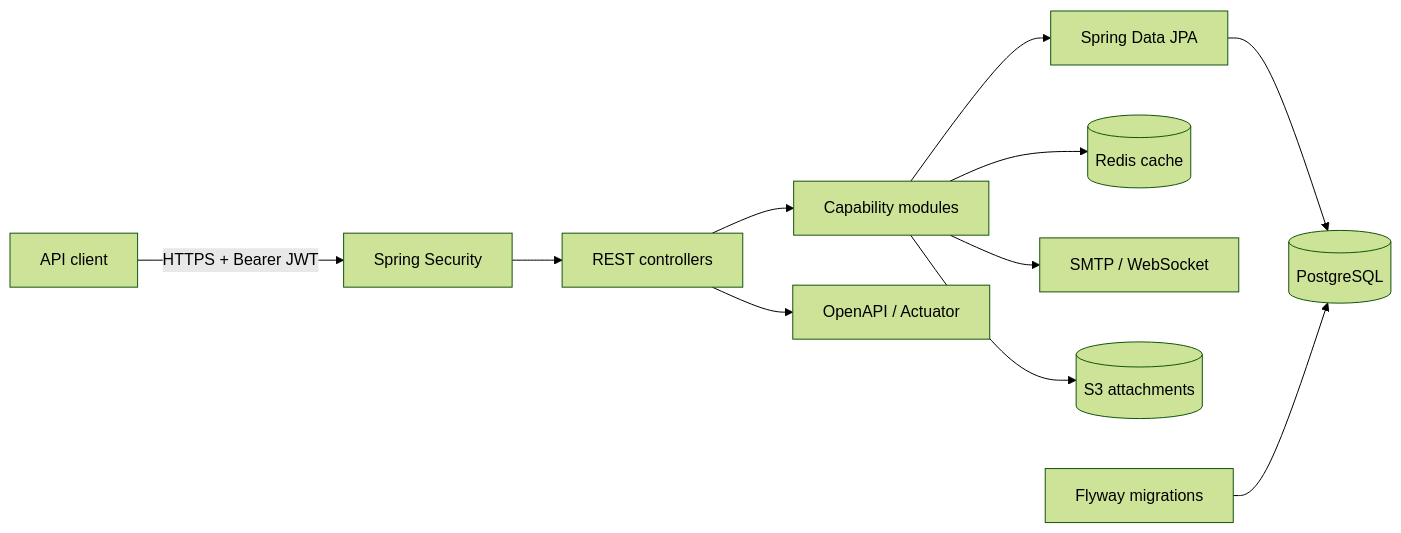
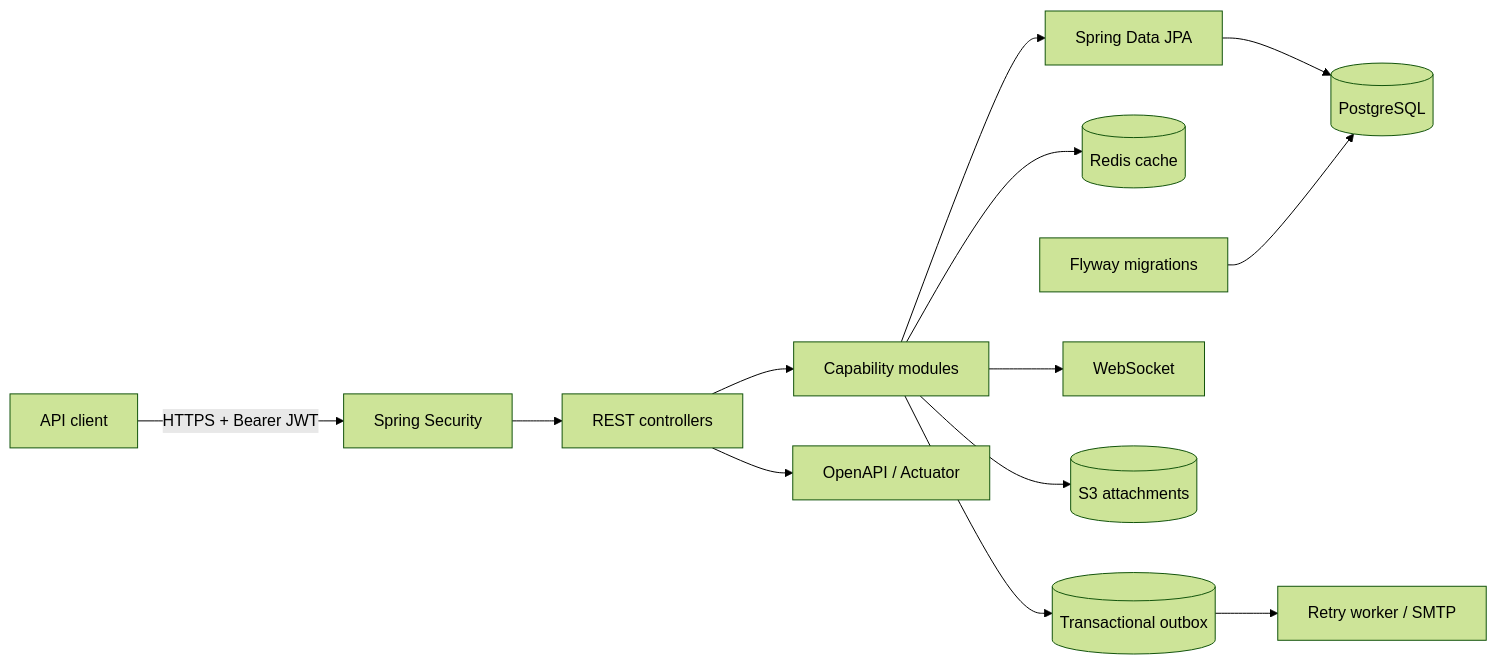
One commit to Goureesankarr/sprintforge changed the first of 2 diagrams in README.md. Above: the diagram before and after it, drawn with Mermaid (forest theme). The commit also changed other lines of this file and 28 other files, not shown here.

````diff
--- a/README.md
+++ b/README.md
@@ -28,13 +29,15 @@
 ```mermaid
 flowchart LR
     C[API client] -->|HTTPS + Bearer JWT| S[Spring Security]
     S --> A[REST controllers]
     A --> M[Capability modules]
     M --> J[Spring Data JPA]
     J --> P[(PostgreSQL)]
     M --> R[(Redis cache)]
-    M --> E[SMTP / WebSocket]
+    M --> Q[(Transactional outbox)]
+    Q --> E[Retry worker / SMTP]
+    M --> W[WebSocket]
     M --> S3[(S3 attachments)]
     F[Flyway migrations] --> P
     A --> O[OpenAPI / Actuator]
 ```
````
